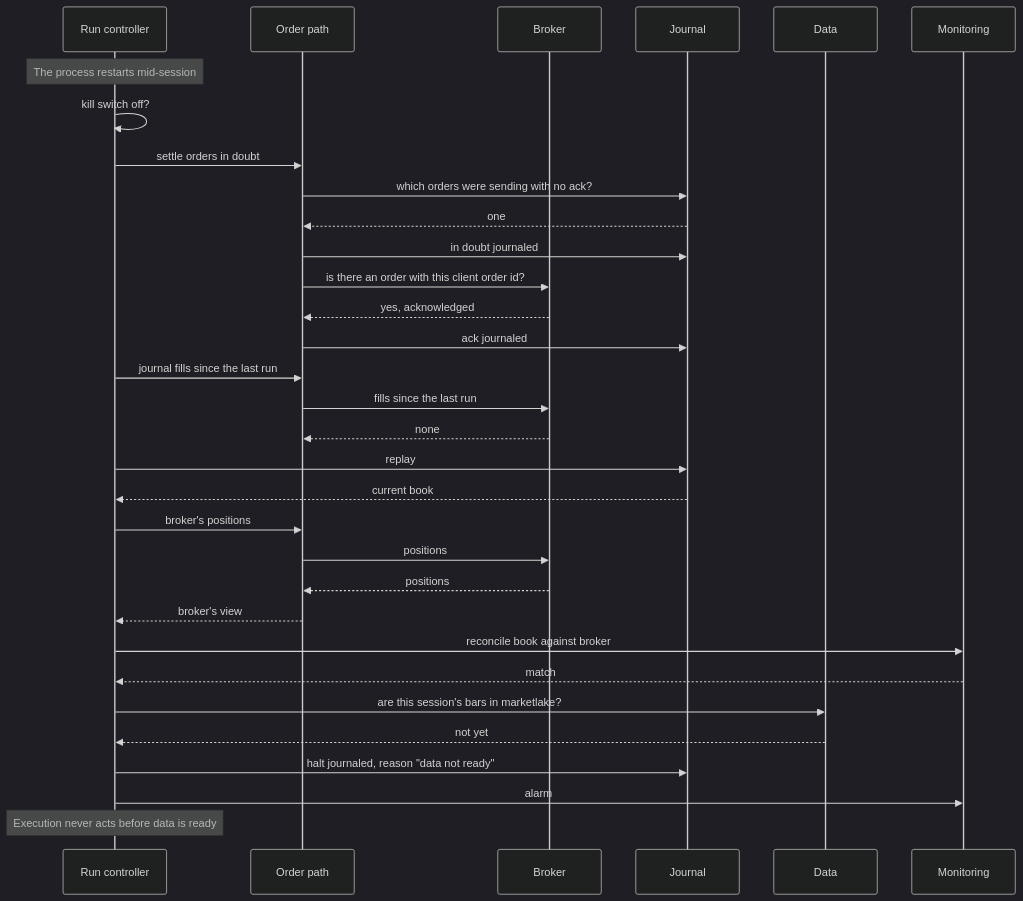
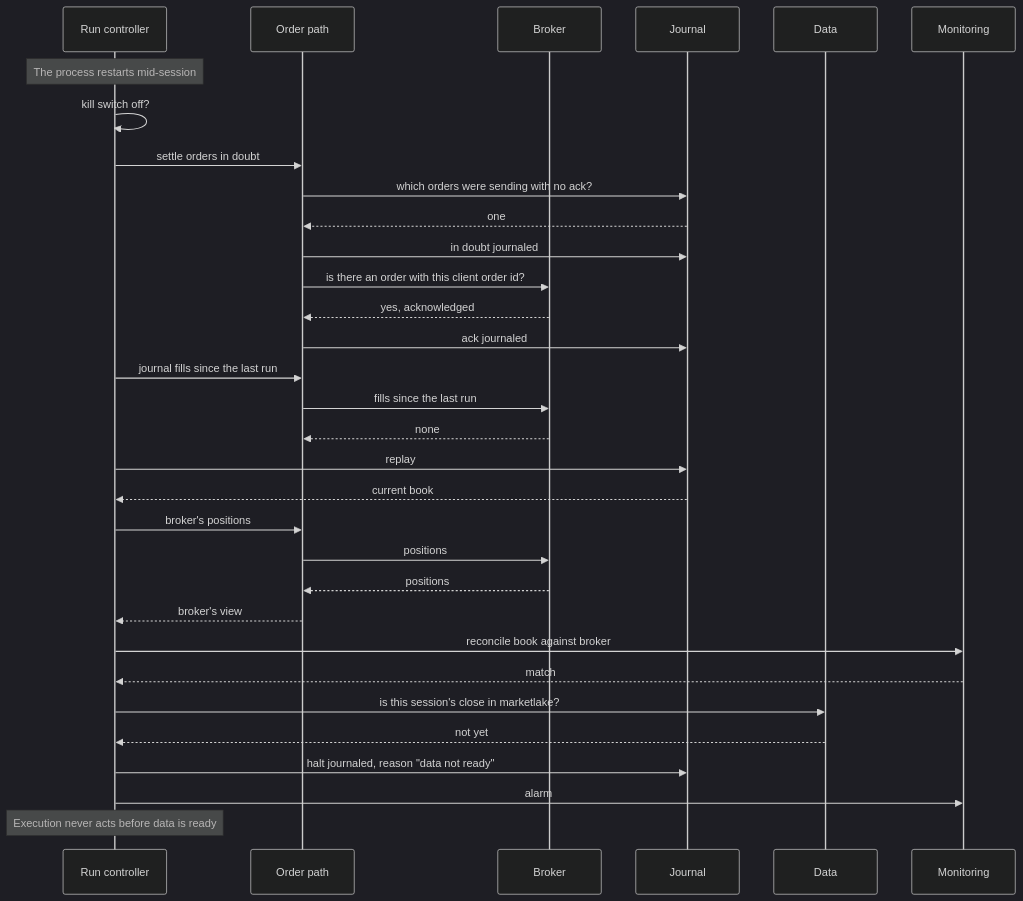
The sixth of 16 diagrams in docs/architecture.md (l3a0/ithildin-runtime), drawn with Mermaid (dark theme) before and after one commit. The commit also changed other lines of this file, not shown here.

First line of the commit message:
docs(architecture): read the session's close through the one bar query

````diff
--- a/docs/architecture.md
+++ b/docs/architecture.md
@@ -495,35 +496,35 @@
 ```mermaid
 sequenceDiagram
     participant R as Run controller
     participant X as Order path
     participant B as Broker
     participant J as Journal
     participant D as Data
     participant M as Monitoring
 
     Note over R: The process restarts mid-session
     R->>R: kill switch off?
     R->>X: settle orders in doubt
     X->>J: which orders were sending with no ack?
     J-->>X: one
     X->>J: in doubt journaled
     X->>B: is there an order with this client order id?
     B-->>X: yes, acknowledged
     X->>J: ack journaled
     R->>X: journal fills since the last run
     X->>B: fills since the last run
     B-->>X: none
     R->>J: replay
     J-->>R: current book
     R->>X: broker's positions
     X->>B: positions
     B-->>X: positions
     X-->>R: broker's view
     R->>M: reconcile book against broker
     M-->>R: match
-    R->>D: are this session's bars in marketlake?
+    R->>D: is this session's close in marketlake?
     D-->>R: not yet
     R->>J: halt journaled, reason "data not ready"
     R->>M: alarm
     Note over R: Execution never acts before data is ready
 ```
````
